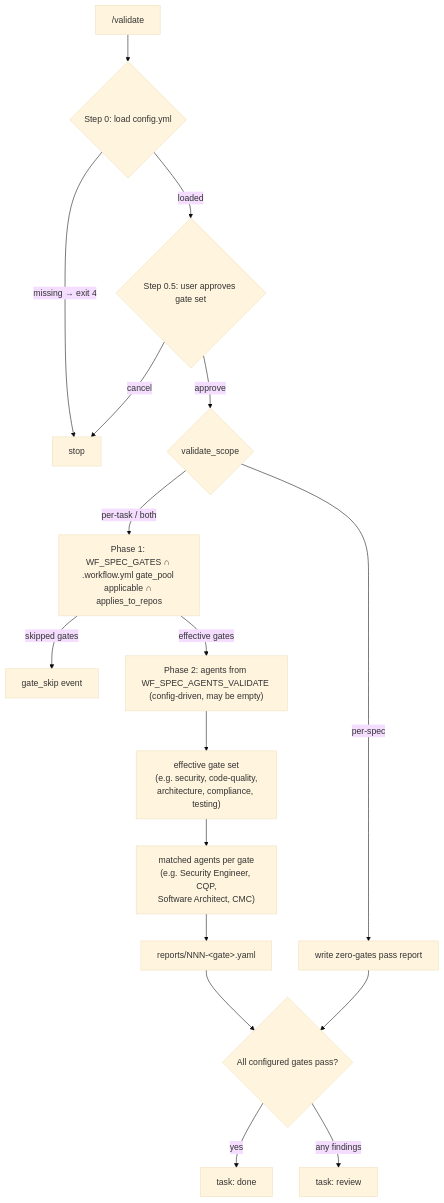
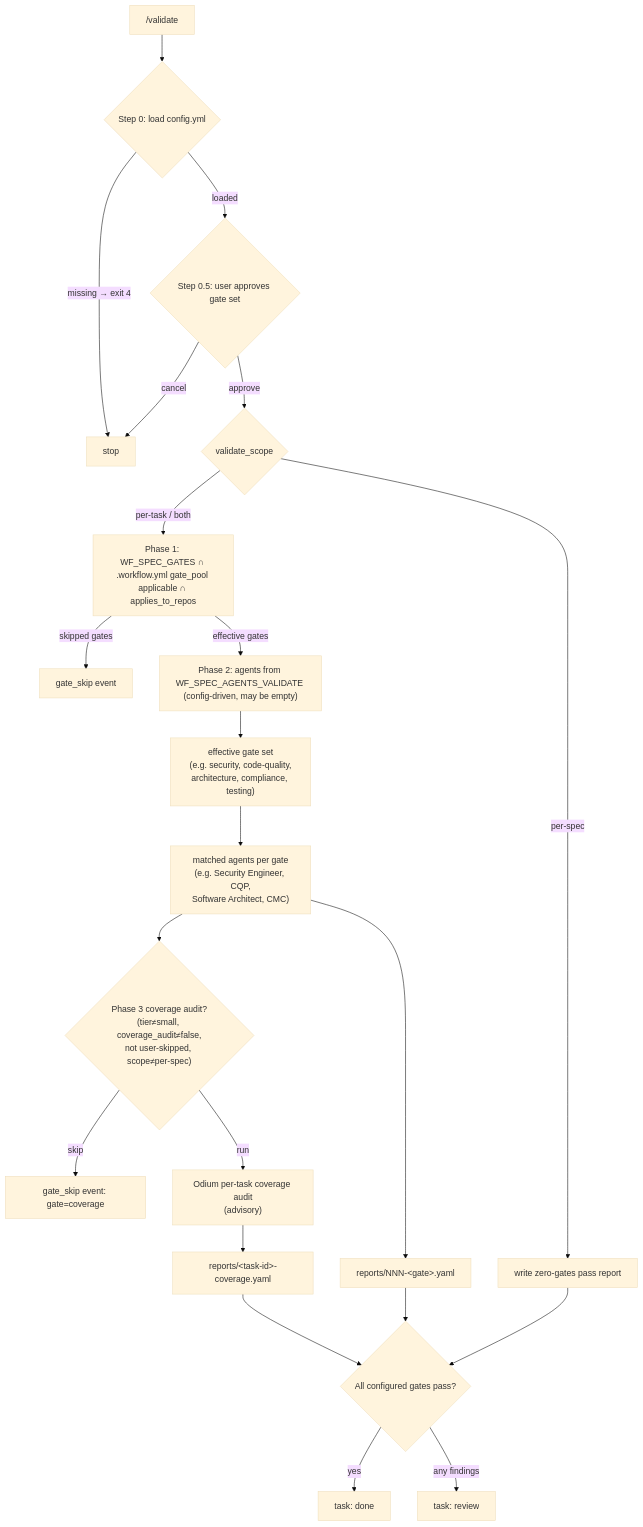
The fourth of 14 diagrams in docs/workflow-diagram.md (AlarQ/SDD-hub), drawn with Mermaid (base theme) before and after one commit. The commit also changed other lines of this file and 16 other files, not shown here.

````diff
--- a/docs/workflow-diagram.md
+++ b/docs/workflow-diagram.md
@@ -158,21 +160,27 @@
 ```mermaid
 graph TD
     V["/validate"] --> CFG0{Step 0: load config.yml}
     CFG0 -->|missing → exit 4| STOP_V[stop]
     CFG0 -->|loaded| APPR{Step 0.5: user approves gate set}
     APPR -->|cancel| STOP_V
     APPR -->|approve| SCOPE{validate_scope}
     SCOPE -->|per-spec| PASS[write zero-gates pass report]
     SCOPE -->|per-task / both| CEIL["Phase 1: WF_SPEC_GATES ∩ .workflow.yml gate_pool applicable ∩ applies_to_repos"]
     CEIL -->|skipped gates| SKIP[gate_skip event]
     CEIL -->|effective gates| AGT["Phase 2: agents from WF_SPEC_AGENTS_VALIDATE (config-driven, may be empty)"]
 
     AGT --> GATES["effective gate set<br/>(e.g. security, code-quality,<br/>architecture, compliance, testing)"]
     GATES --> AGENTS["matched agents per gate<br/>(e.g. Security Engineer, CQP,<br/>Software Architect, CMC)"]
     AGENTS --> REPORTS[reports/NNN-&lt;gate&gt;.yaml]
 
+    AGENTS --> COVGATE{"Phase 3 coverage audit?<br/>(tier≠small, coverage_audit≠false,<br/>not user-skipped, scope≠per-spec)"}
+    COVGATE -->|skip| COVSKIP[gate_skip event: gate=coverage]
+    COVGATE -->|run| COV["Odium per-task coverage audit<br/>(advisory)"]
+    COV --> COVREP["reports/&lt;task-id&gt;-coverage.yaml"]
+    COVREP --> AGG
+
     REPORTS --> AGG{All configured gates pass?}
     PASS --> AGG
     AGG -->|yes| DONE[task: done]
     AGG -->|any findings| REVIEW[task: review]
 ```
````
